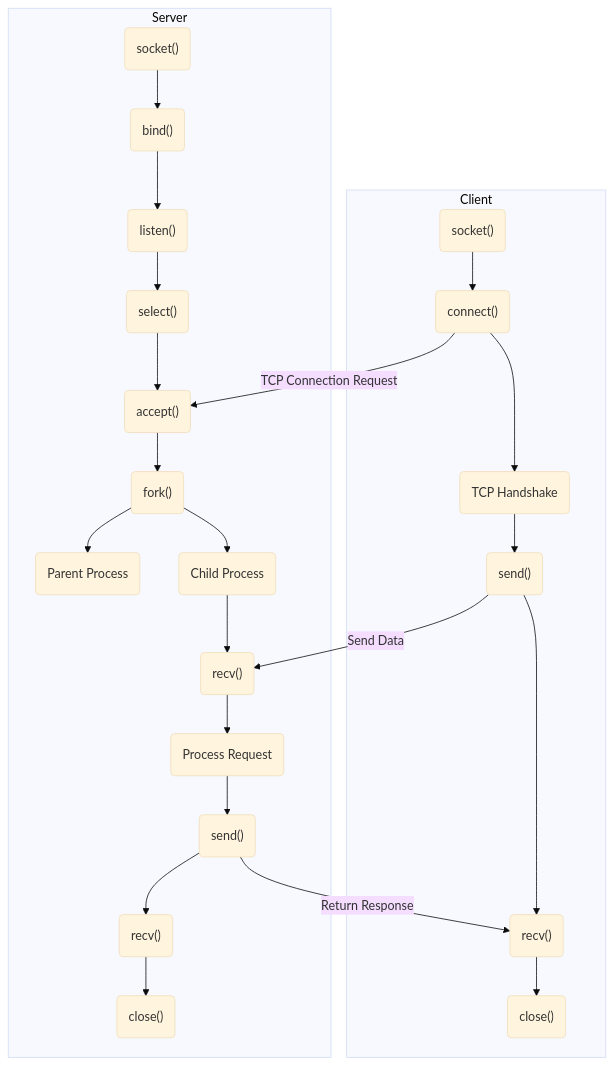
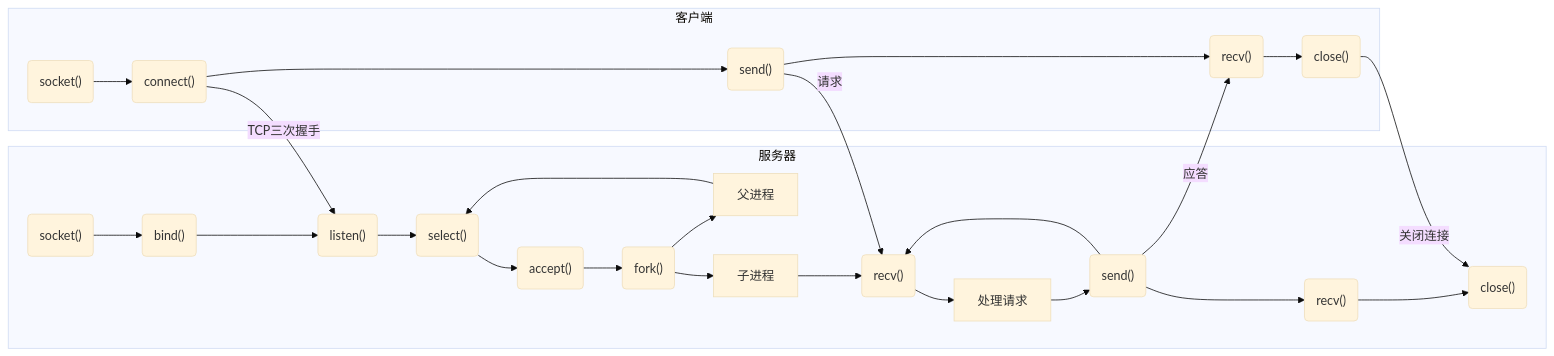
One commit to cherry77-cloud/Rookie2024_04 changed the diagram in week_02/day_10.md. Above: the diagram before and after it, drawn with Mermaid (base theme).

````diff
--- a/week_02/day_10.md
+++ b/week_02/day_10.md
@@ -273,29 +273,35 @@
 ```mermaid
-graph TD
-    subgraph Client
+graph LR
+    %% 定义客户端和服务器
+    subgraph 客户端
         A("socket()") --> B("connect()")
-        B --> C("TCP Handshake")
-        C --> D("send()")
+        B --> D("send()")
         D --> E("recv()")
         E --> F("close()")
     end
 
-    subgraph Server
+    subgraph 服务器
         G("socket()") --> H("bind()")
         H --> I("listen()")
         I --> J("select()")
         J --> K("accept()")
         K --> L("fork()")
-        L --> M("Parent Process")
-        L --> N("Child Process")
+        L --> M["父进程"]
+        L --> N["子进程"]
         N --> O("recv()")
-        O --> P("Process Request")
+        O --> P["处理请求"]
         P --> Q("send()")
         Q --> R("recv()")
         R --> S("close()")
     end
 
-    B -->|TCP Connection Request| K
-    D -->|Send Data| O
-    Q -->|Return Response| E
+    %% 跨子图连接
+    B -->|TCP三次握手| I
+    D -->|请求| O
+    Q -->|应答| E
+    F -->|关闭连接| S
+    
+    %% 服务器内部循环
+    M --> J
+    Q --> O
 ```
````
